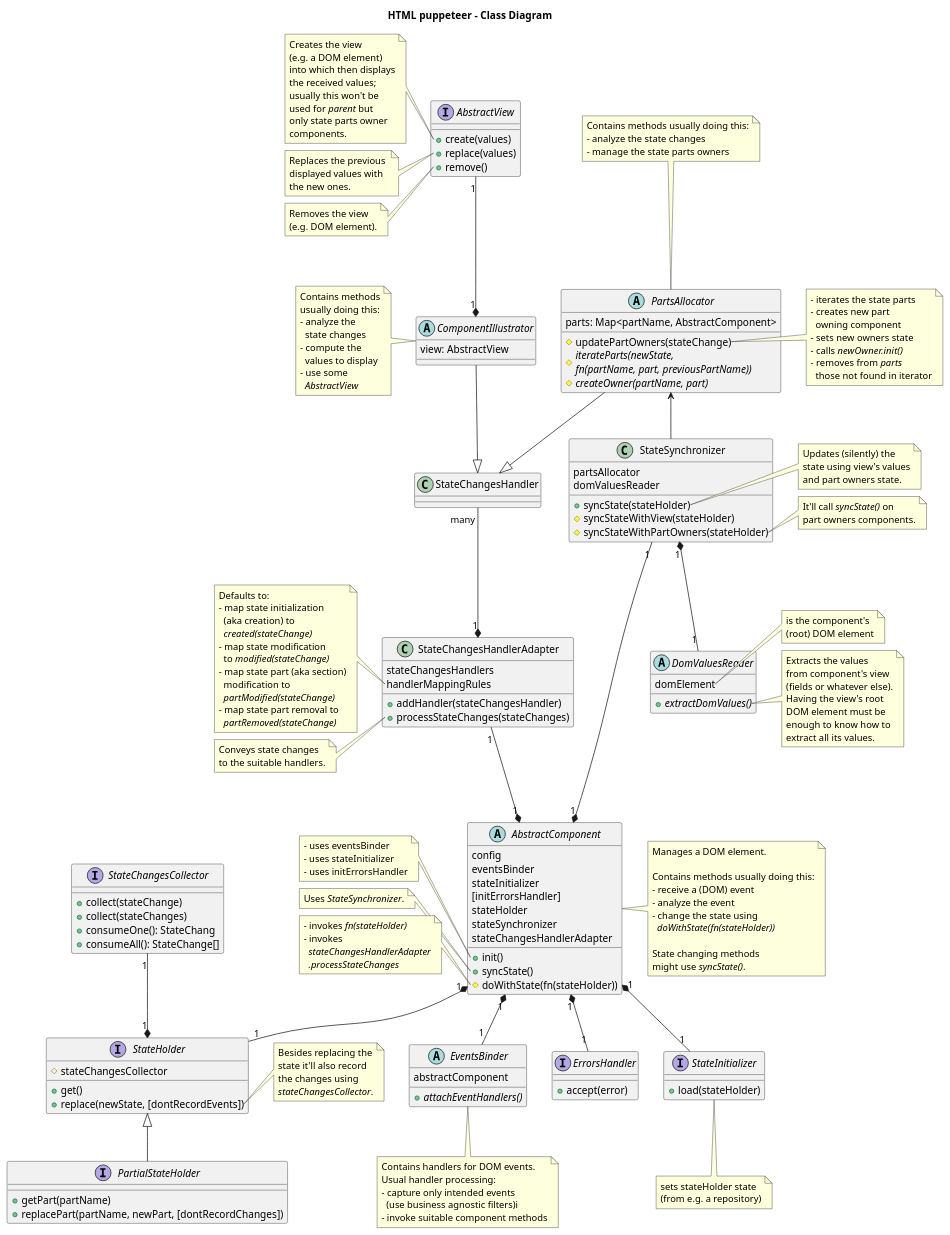
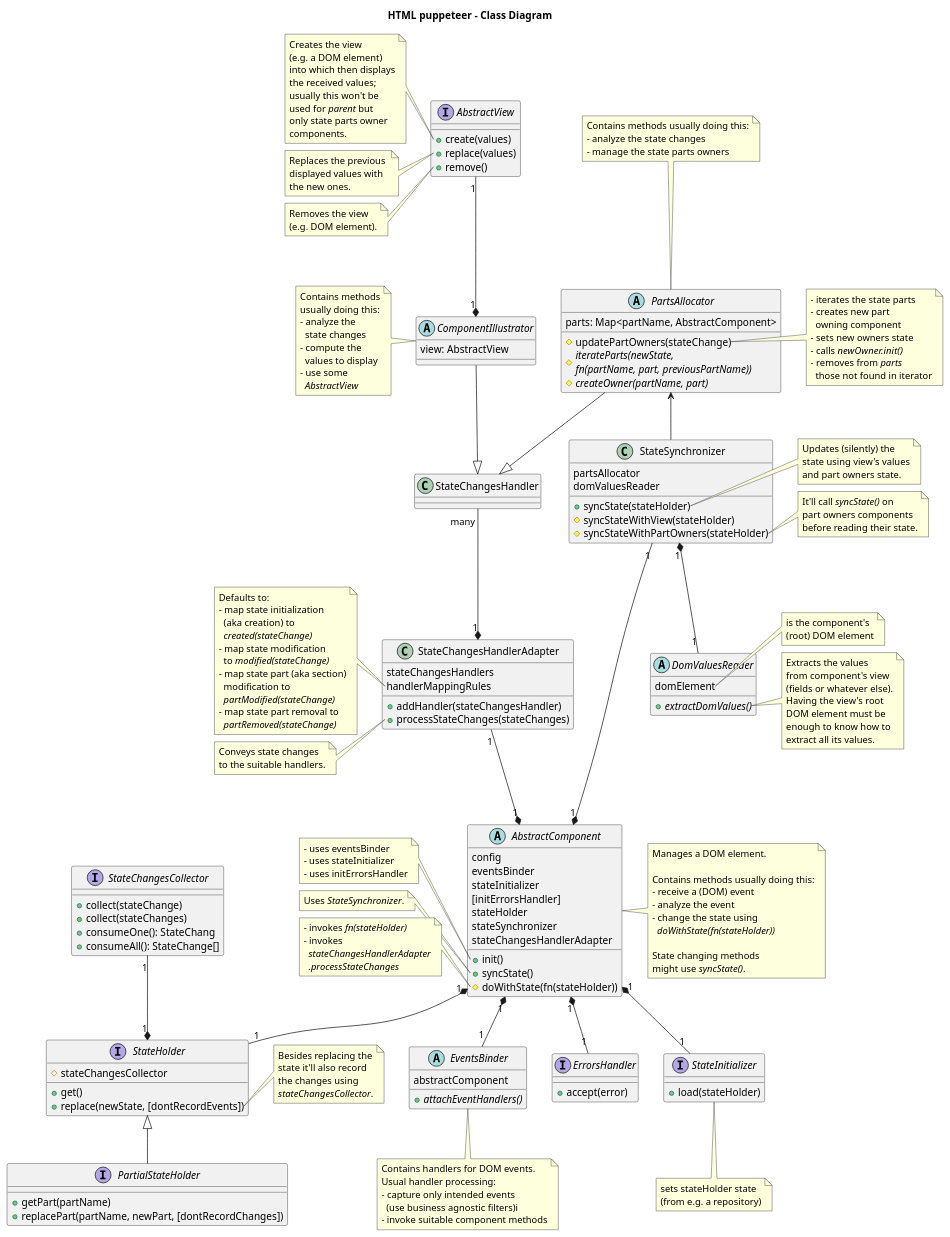
Before and after one commit to adrhc/html-puppeteer: the diagram in design/classes-diagram.puml, drawn with PlantUML.

Commit message:
classes diagram

```diff
--- a/design/classes-diagram.puml
+++ b/design/classes-diagram.puml
@@ -102,7 +102,8 @@
 
 note right of StateSynchronizer::syncStateWithPartOwners
 It'll call <i>syncState()</i> on
-part owners components.
+part owners components
+before reading their state.
 end note
 
 interface ErrorsHandler {
```
